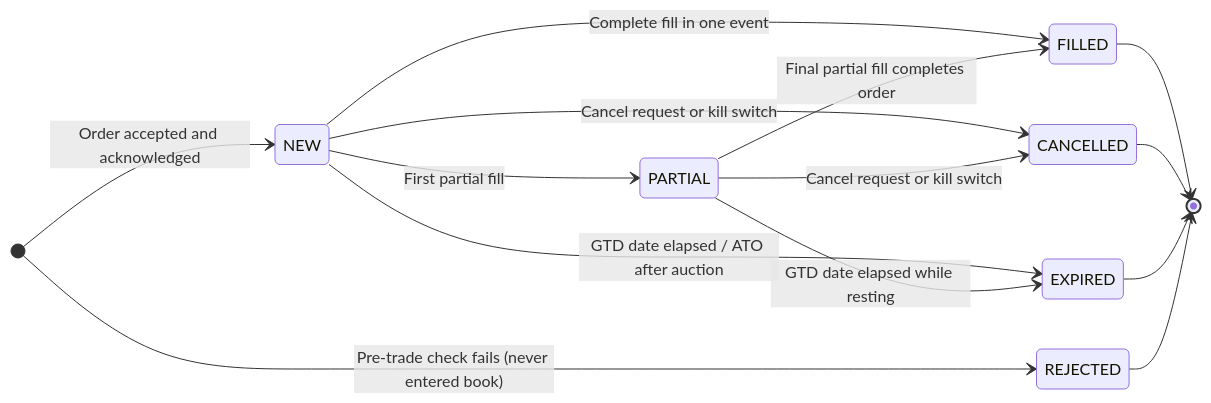
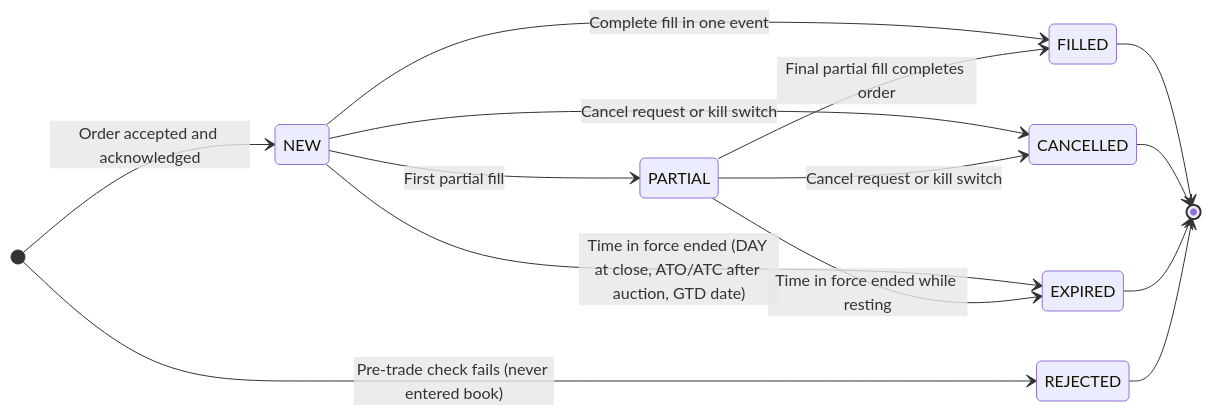
The diagram in docs-exchange-intro/src/02-orders-and-matching/08-the-life-of-a-trade.md (johan162/EduMatcher), drawn with Mermaid before and after one commit. The commit also changed other lines of this file and 18 other files, not shown here.

````diff
--- a/docs-exchange-intro/src/02-orders-and-matching/08-the-life-of-a-trade.md
+++ b/docs-exchange-intro/src/02-orders-and-matching/08-the-life-of-a-trade.md
@@ -62,17 +62,17 @@
 ```mermaid
 stateDiagram-v2
     direction LR
     [*] --> NEW : Order accepted and acknowledged
     NEW --> PARTIAL : First partial fill
     NEW --> FILLED : Complete fill in one event
     NEW --> CANCELLED : Cancel request or kill switch
-    NEW --> EXPIRED : GTD date elapsed / ATO after auction
+    NEW --> EXPIRED : Time in force ended (DAY at close, ATO/ATC after auction, GTD date)
     PARTIAL --> FILLED : Final partial fill completes order
     PARTIAL --> CANCELLED : Cancel request or kill switch
-    PARTIAL --> EXPIRED : GTD date elapsed while resting
+    PARTIAL --> EXPIRED : Time in force ended while resting
     FILLED --> [*]
     CANCELLED --> [*]
     EXPIRED --> [*]
     [*] --> REJECTED : Pre-trade check fails (never entered book)
     REJECTED --> [*]
 ```
````
